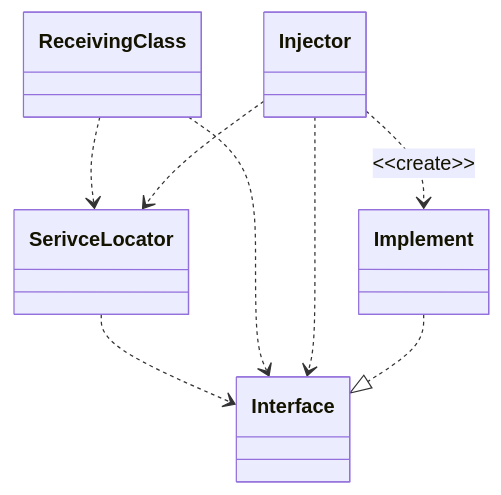
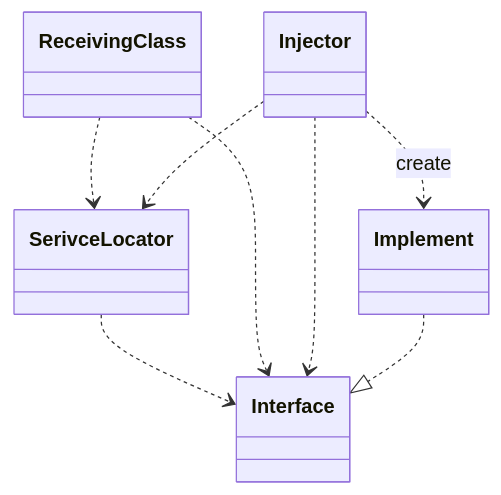
One commit to MIOOR/Blog changed the fifth of 5 diagrams in src/posts/软件开发/开发模式.md. Above: the diagram before and after it, drawn with Mermaid. The commit also changed other lines of this file and 48 other files, not shown here.

````diff
--- a/src/posts/软件开发/开发模式.md
+++ b/src/posts/软件开发/开发模式.md
@@ -466,10 +465,10 @@
 ```mermaid
 classDiagram
 Serivce Locator ..> Interface
 ReceivingClass ..> Serivce Locator
 ReceivingClass ..> Interface
 Injector ..> Interface
-Injector ..> Implement : &lt&ltcreate&gt&gt
+Injector ..> Implement : create
 Injector ..> Serivce Locator
 Implement ..|> Interface
 ```
````
